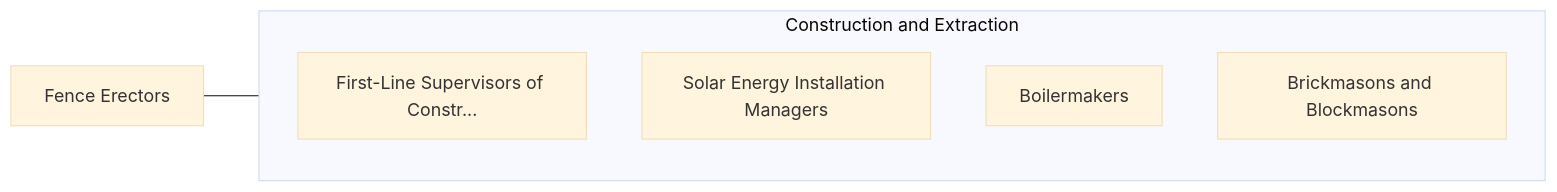
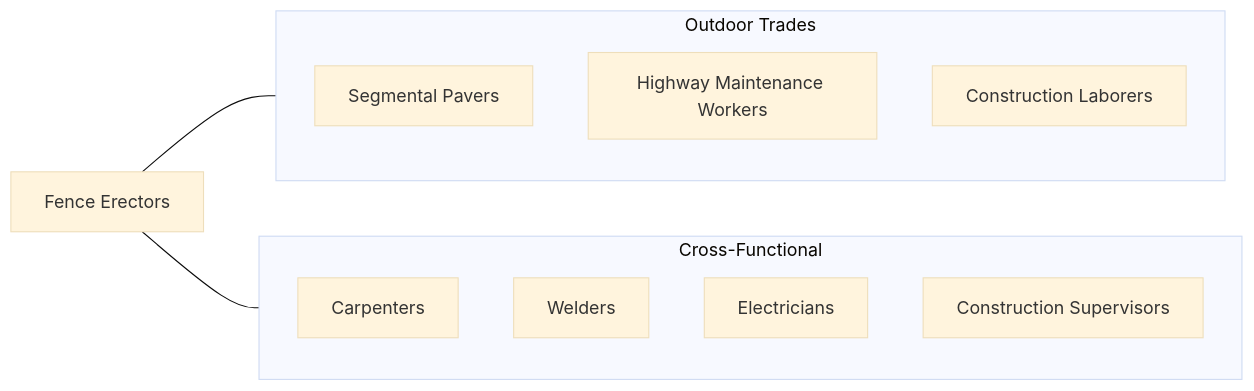
One commit to kziemski/business.org.ai changed the fourth of 4 diagrams in occupations/Construction/FenceErectors.mdx. Above: the diagram before and after it, drawn with Mermaid (base theme). The commit also changed other lines of this file and 938 other files, not shown here.

````diff
--- a/occupations/Construction/FenceErectors.mdx
+++ b/occupations/Construction/FenceErectors.mdx
@@ -114,13 +231,20 @@
 ```mermaid
 graph LR
     Current["Fence Erectors"]
 
-    subgraph SameCategory["Construction and Extraction"]
-        FirstLineSupervisors["First-Line Supervisors of Constr..."]
-        SolarEnergyInstallat["Solar Energy Installation Managers"]
-        Boilermakers["Boilermakers"]
-        BrickmasonsAndBlockm["Brickmasons and Blockmasons"]
+    subgraph SameCategory["Outdoor Trades"]
+        SegPaver["Segmental Pavers"]
+        Highway["Highway Maintenance Workers"]
+        Laborer["Construction Laborers"]
+    end
+
+    subgraph CrossFunctional["Cross-Functional"]
+        Carpenter["Carpenters"]
+        Welder["Welders"]
+        Electrician["Electricians"]
+        Super["Construction Supervisors"]
     end
 
     Current --- SameCategory
+    Current --- CrossFunctional
 ```
````
